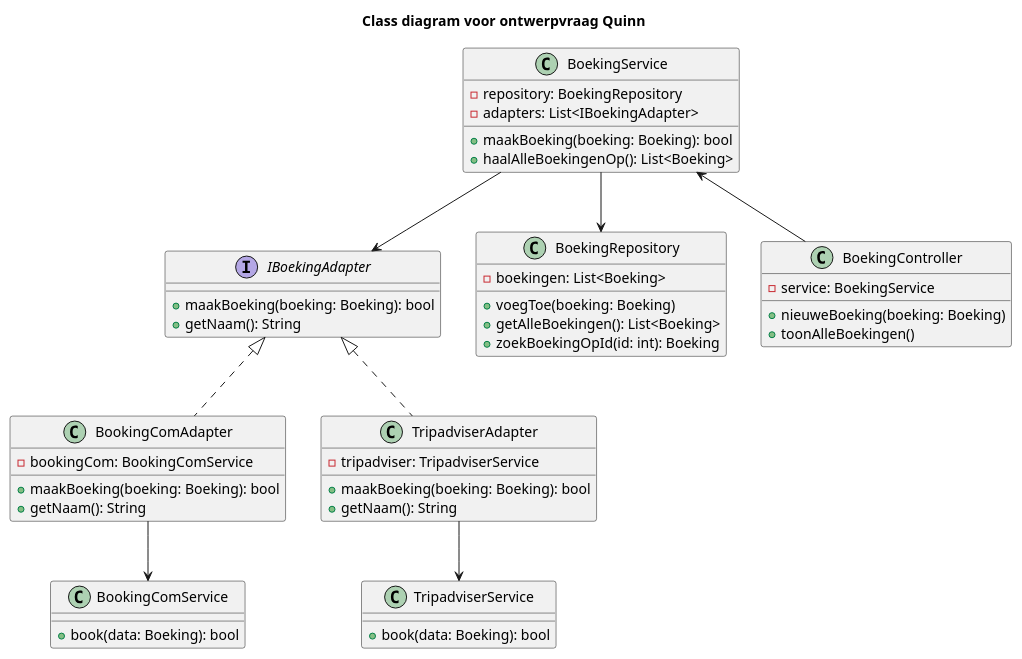
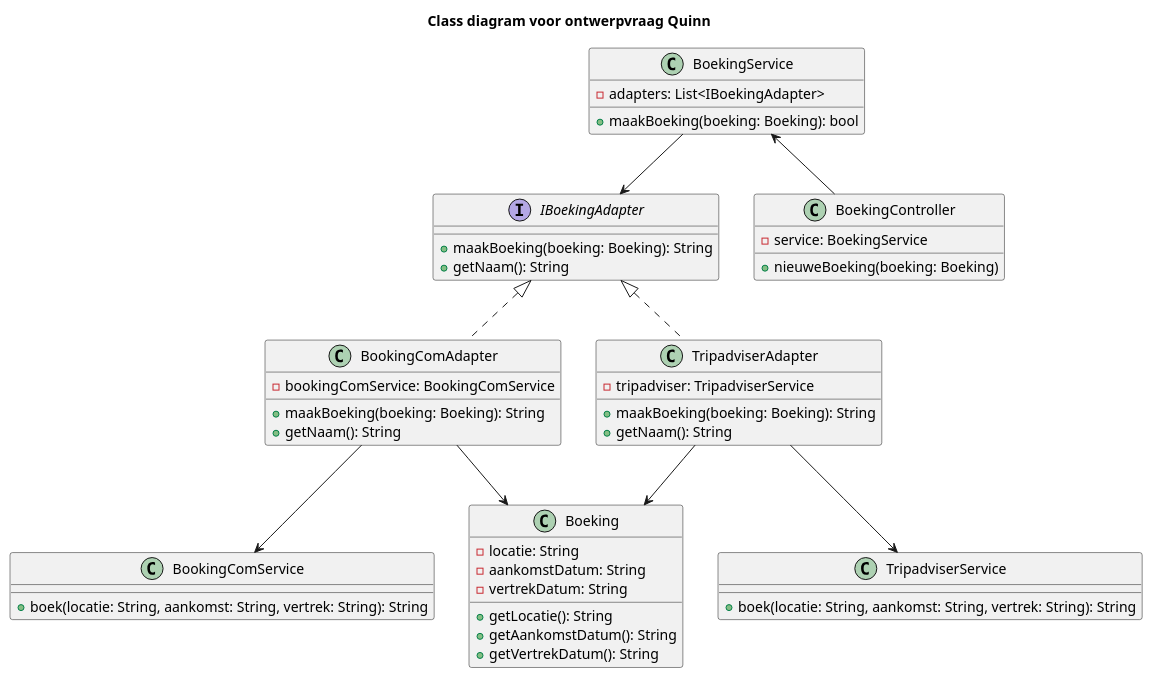
Before and after one commit to AIM-ENE-feb25/triptop-sqr-tech: the diagram in W3/Diagrammen/ClassD/Class diagram Quinn.puml, drawn with PlantUML.

Commit message:
Update Class diagram Quinn.puml

```diff
--- a/W3/Diagrammen/ClassD/Class diagram Quinn.puml
+++ b/W3/Diagrammen/ClassD/Class diagram Quinn.puml
@@ -1,62 +1,58 @@
 @startuml
 'https://plantuml.com/class-diagram
 
 title Class diagram voor ontwerpvraag Quinn
 
-
-
 interface IBoekingAdapter {
-    + maakBoeking(boeking: Boeking): bool
+    + maakBoeking(boeking: Boeking): String
     + getNaam(): String
 }
 
 class BookingComService {
-    + book(data: Boeking): bool
+    + boek(locatie: String, aankomst: String, vertrek: String): String
 }
 
-
 class BookingComAdapter implements IBoekingAdapter {
-    - bookingCom: BookingComService
-    + maakBoeking(boeking: Boeking): bool
+    - bookingComService: BookingComService
+    + maakBoeking(boeking: Boeking): String
     + getNaam(): String
 }
 
 class TripadviserService {
-    + book(data: Boeking): bool
+    + boek(locatie: String, aankomst: String, vertrek: String): String
 }
 
 
 class TripadviserAdapter implements IBoekingAdapter {
     - tripadviser: TripadviserService
-    + maakBoeking(boeking: Boeking): bool
+    + maakBoeking(boeking: Boeking): String
     + getNaam(): String
 }
 
-
-class BoekingRepository {
-    - boekingen: List<Boeking>
-    + voegToe(boeking: Boeking)
-    + getAlleBoekingen(): List<Boeking>
-    + zoekBoekingOpId(id: int): Boeking
+class Boeking {
+    - locatie: String
+    - aankomstDatum: String
+    - vertrekDatum: String
+    + getLocatie(): String
+    + getAankomstDatum(): String
+    + getVertrekDatum(): String
 }
 
 class BoekingService {
-    - repository: BoekingRepository
     - adapters: List<IBoekingAdapter>
     + maakBoeking(boeking: Boeking): bool
-    + haalAlleBoekingenOp(): List<Boeking>
 }
 
 class BoekingController {
     - service: BoekingService
     + nieuweBoeking(boeking: Boeking)
-    + toonAlleBoekingen()
 }
 
 TripadviserAdapter --> TripadviserService
 BookingComAdapter --> BookingComService
+BoekingService <-- BoekingController
+BoekingService --> IBoekingAdapter
+BookingComAdapter --> Boeking
+TripadviserAdapter --> Boeking
 
-BoekingService --> IBoekingAdapter
-BoekingService --> BoekingRepository
-BoekingService <-- BoekingController
 @enduml
```
